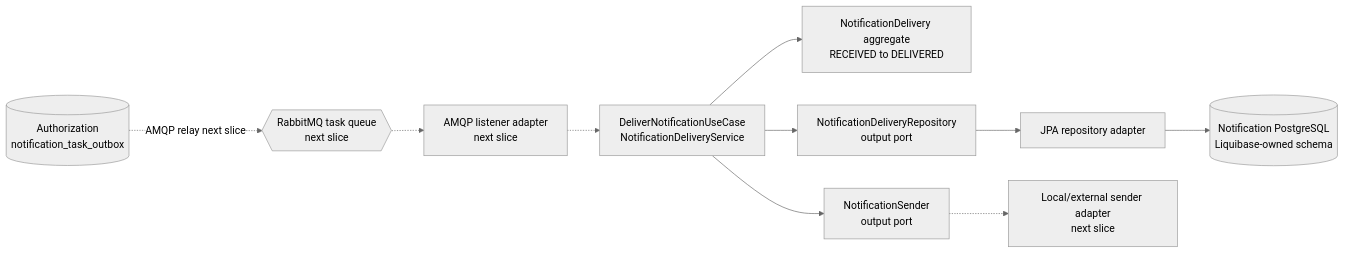
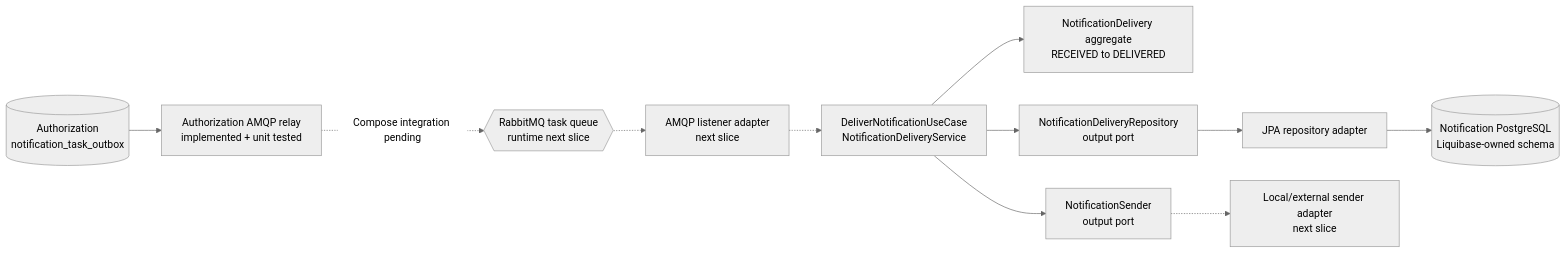
The first of 2 diagrams in docs/architecture/notification-worker.md (aydindemir1/health-insurance-platform), drawn with Mermaid (neutral theme) before and after one commit. The commit also changed other lines of this file and 9 other files, not shown here.

````diff
--- a/docs/architecture/notification-worker.md
+++ b/docs/architecture/notification-worker.md
@@ -12,23 +12,24 @@
 ```mermaid
 flowchart LR
-    Rabbit{{"RabbitMQ task queue<br/>next slice"}}
+    Rabbit{{"RabbitMQ task queue<br/>runtime next slice"}}
     Producer[("Authorization<br/>notification_task_outbox")]
     Listener["AMQP listener adapter<br/>next slice"]
     UseCase["DeliverNotificationUseCase<br/>NotificationDeliveryService"]
     Aggregate["NotificationDelivery aggregate<br/>RECEIVED to DELIVERED"]
     RepositoryPort["NotificationDeliveryRepository<br/>output port"]
     SenderPort["NotificationSender<br/>output port"]
     Jpa["JPA repository adapter"]
     Sender["Local/external sender adapter<br/>next slice"]
     Database[("Notification PostgreSQL<br/>Liquibase-owned schema")]
 
-    Producer -. "AMQP relay next slice" .-> Rabbit
+    Producer --> Relay["Authorization AMQP relay<br/>implemented + unit tested"]
+    Relay -. "Compose integration pending" .-> Rabbit
     Rabbit -.-> Listener
     Listener -.-> UseCase
     UseCase --> Aggregate
     UseCase --> RepositoryPort
     UseCase --> SenderPort
     RepositoryPort --> Jpa
     Jpa --> Database
     SenderPort -.-> Sender
 ```
````
